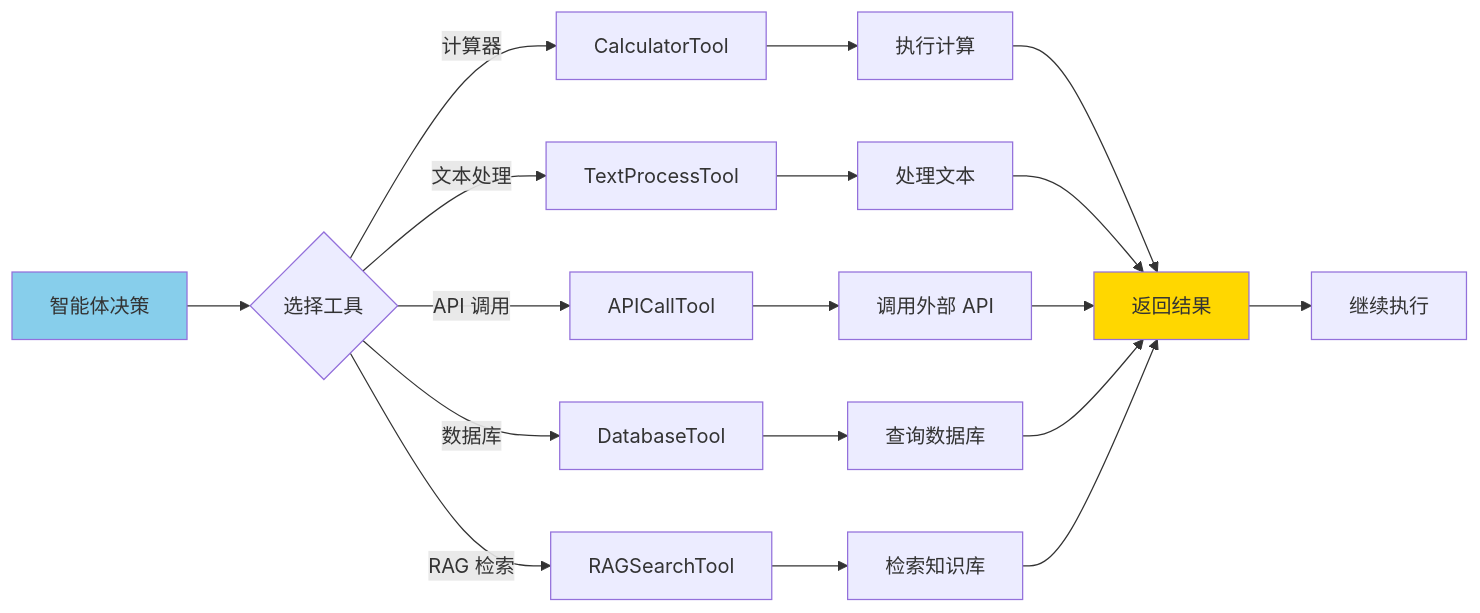
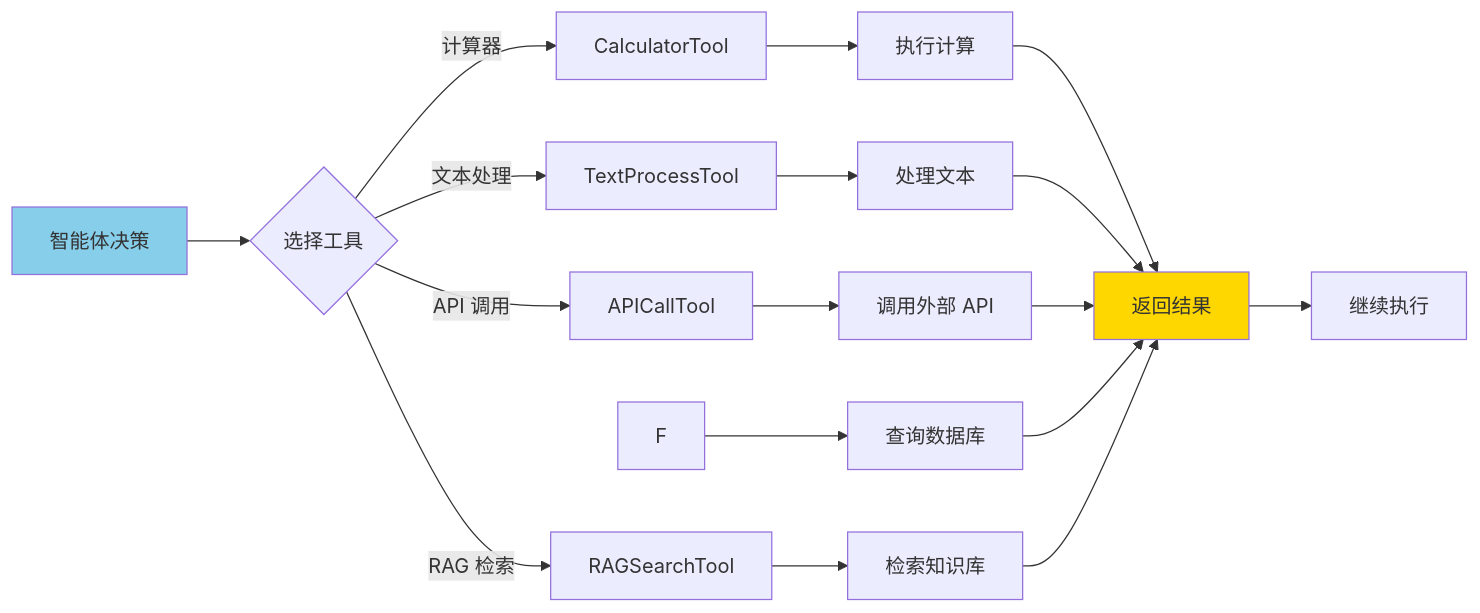
Before and after one commit to wssaidong/cus-ai-agent: the fifth of 9 diagrams in docs/architecture-diagram.md, drawn with Mermaid. The commit also changed other lines of this file and 15 other files, not shown here.

````diff
--- a/docs/architecture-diagram.md
+++ b/docs/architecture-diagram.md
@@ -167,26 +167,25 @@
 ```mermaid
 graph LR
     A[智能体决策] --> B{选择工具}
     B -->|计算器| C[CalculatorTool]
     B -->|文本处理| D[TextProcessTool]
     B -->|API 调用| E[APICallTool]
-    B -->|数据库| F[DatabaseTool]
     B -->|RAG 检索| G[RAGSearchTool]
     
     C --> H[执行计算]
     D --> I[处理文本]
     E --> J[调用外部 API]
     F --> K[查询数据库]
     G --> L[检索知识库]
     
     H --> M[返回结果]
     I --> M
     J --> M
     K --> M
     L --> M
     
     M --> N[继续执行]
     
     style A fill:#87CEEB
     style M fill:#FFD700
 ```
````
